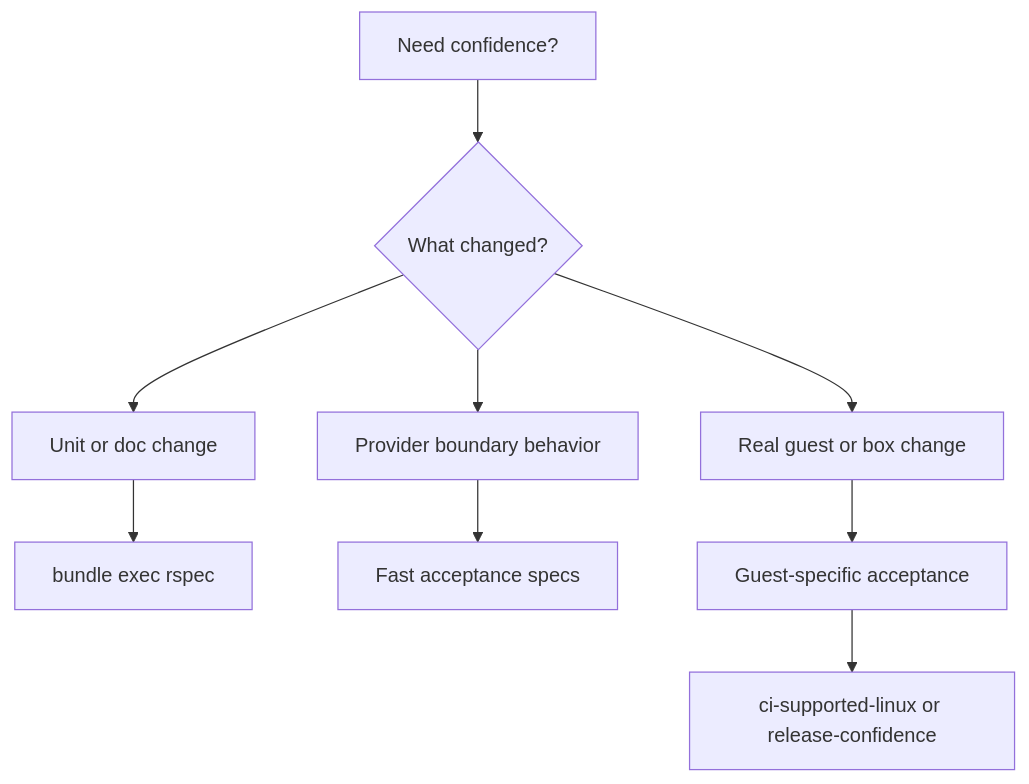
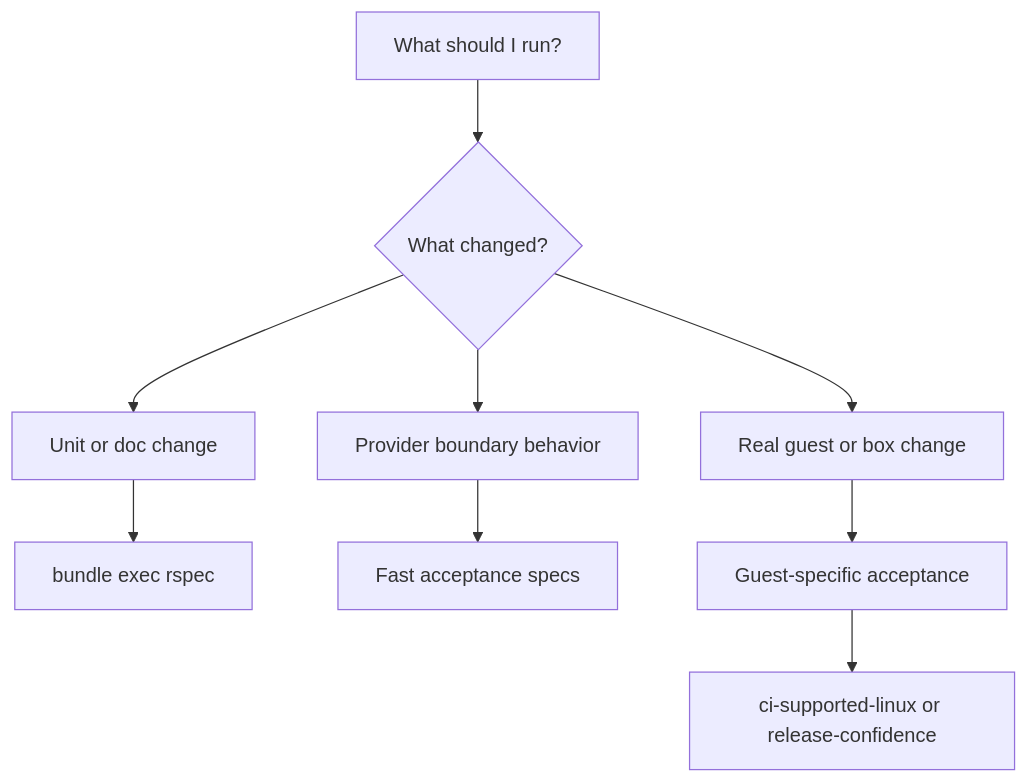
The diagram in docs/testing.md (sodini-io/vagrant-provider-avf), drawn with Mermaid before and after one commit. The commit also changed other lines of this file and 59 other files, not shown here.

````diff
--- a/docs/testing.md
+++ b/docs/testing.md
@@ -16,11 +18,11 @@
 ```mermaid
 flowchart TD
-  A["Need confidence?"] --> B{"What changed?"}
+  A["What should I run?"] --> B{"What changed?"}
   B --> C["Unit or doc change"]
   B --> D["Provider boundary behavior"]
   B --> E["Real guest or box change"]
   C --> F["bundle exec rspec"]
   D --> G["Fast acceptance specs"]
   E --> H["Guest-specific acceptance"]
   H --> I["ci-supported-linux or release-confidence"]
 ```
````
